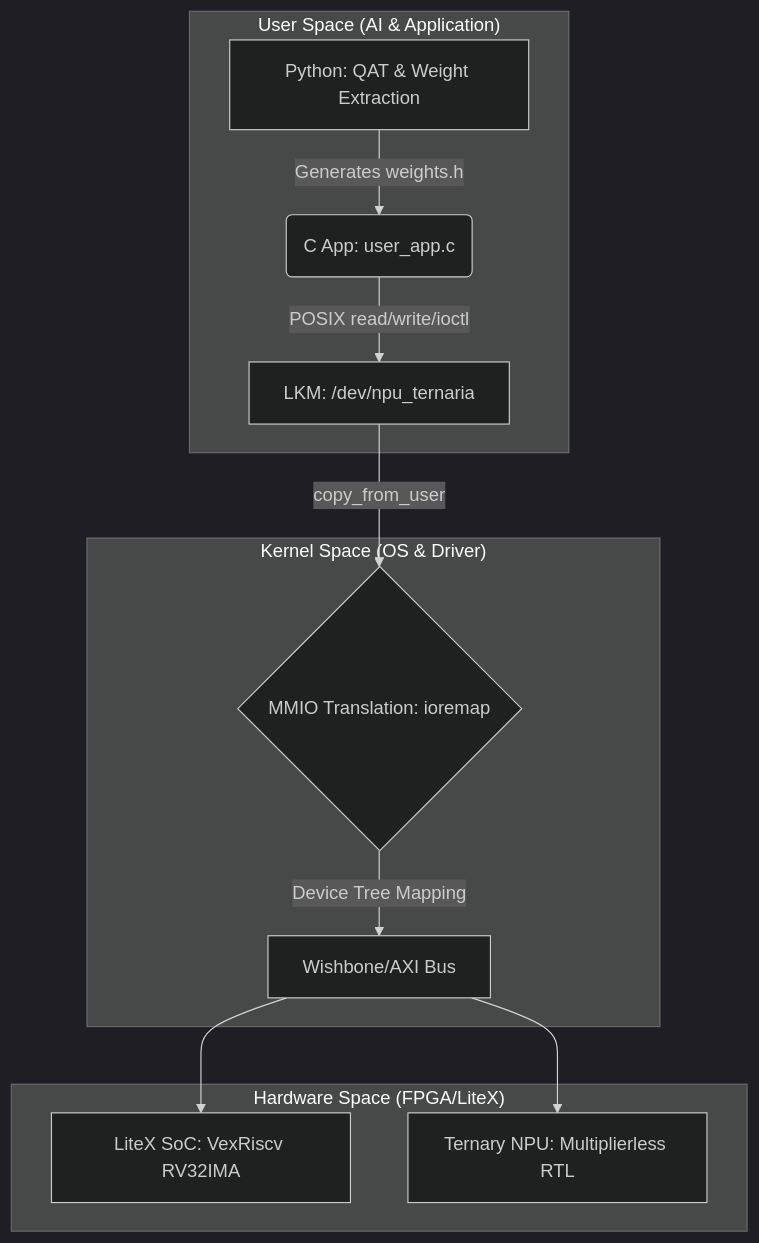
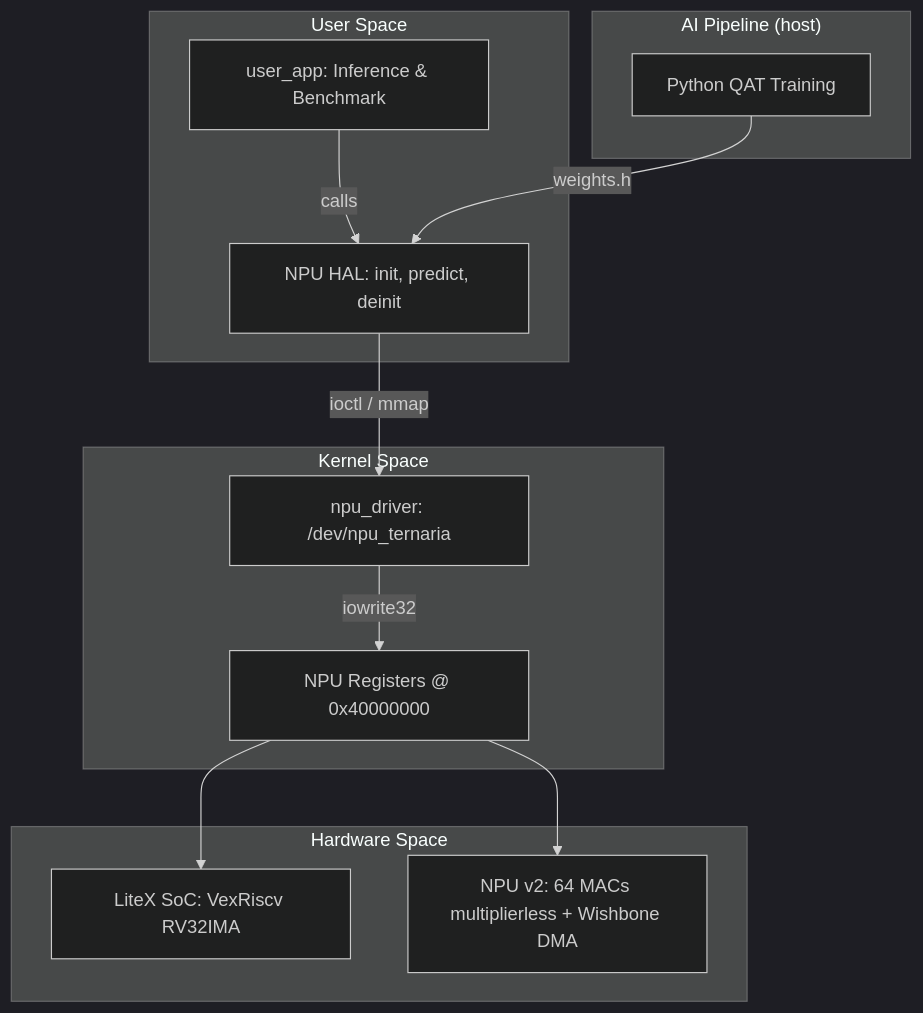
One commit to arthur-og/TernaryEdge-RV changed the diagram in README.md. Above: the diagram before and after it, drawn with Mermaid (dark theme). The commit also changed other lines of this file and 12 other files, not shown here.

````diff
--- a/README.md
+++ b/README.md
@@ -35,15 +36,20 @@
 ```mermaid
 graph TD
-    subgraph UserSpace ["User Space (AI & Application)"]
-        A[Python: QAT & Weight Extraction] -->|Generates weights.h| B(C App: user_app.c)
-        B -->|POSIX read/write/ioctl| C
+    subgraph UserSpace ["User Space"]
+        A[user_app: Inference & Benchmark]
+        B[NPU HAL: init, predict, deinit]
+        A -->|calls| B
     end
-    subgraph KernelSpace ["Kernel Space (OS & Driver)"]
-        C[LKM: /dev/npu_ternaria] -->|copy_from_user| D{MMIO Translation: ioremap}
-        D -->|Device Tree Mapping| E
+    subgraph KernelSpace ["Kernel Space"]
+        C[npu_driver: /dev/npu_ternaria]
+        B -->|ioctl / mmap| C
+        C -->|iowrite32| D[NPU Registers @ 0x40000000]
     end
-    subgraph HardwareSpace ["Hardware Space (FPGA/LiteX)"]
-        E[Wishbone/AXI Bus] --> F[LiteX SoC: VexRiscv RV32IMA]
-        E --> G[Ternary NPU: Multiplierless RTL]
+    subgraph HardwareSpace ["Hardware Space"]
+        D --> E[LiteX SoC: VexRiscv RV32IMA]
+        D --> F[NPU v2: 64 MACs multiplierless + Wishbone DMA]
+    end
+    subgraph AIPipeline ["AI Pipeline (host)"]
+        G[Python QAT Training] -->|weights.h| B
     end
 ```
````
